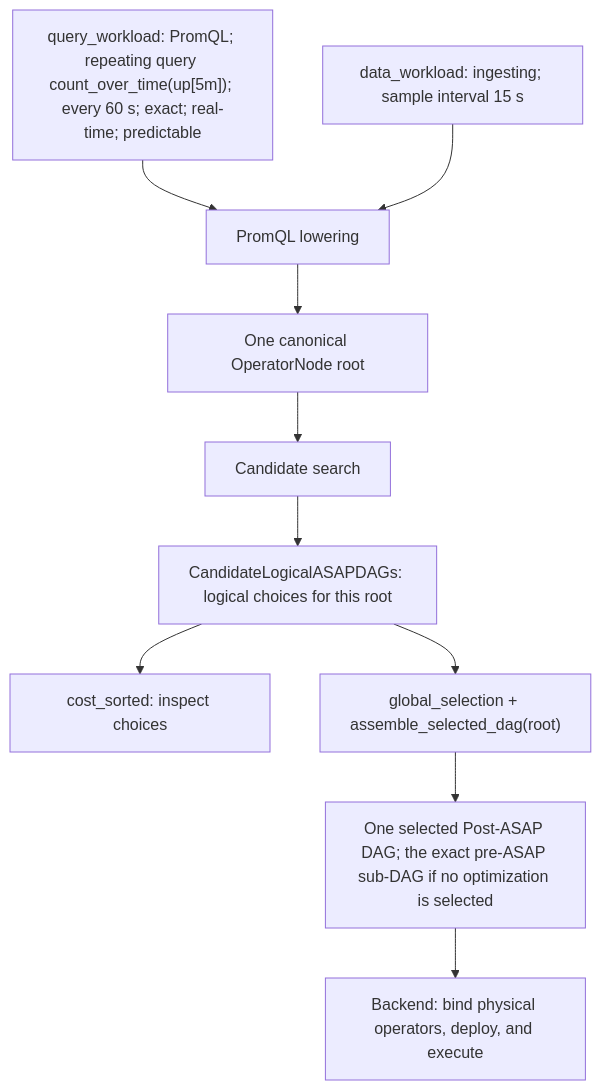
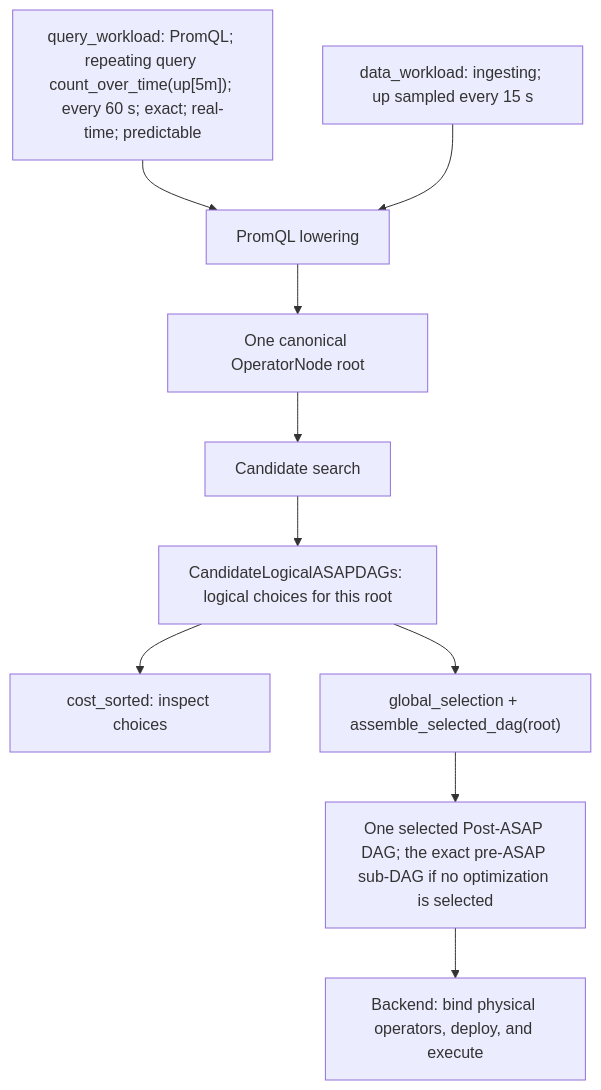
One commit to ProjectASAP/ASAPPlanner changed the first of 2 diagrams in docs/design_docs/architecture/input-output-workflow.md. Above: the diagram before and after it, drawn with Mermaid. The commit also changed other lines of this file and 2 other files, not shown here.

Commit message:
docs: per-source sample interval and series_count in the library and input docs

````diff
--- a/docs/design_docs/architecture/input-output-workflow.md
+++ b/docs/design_docs/architecture/input-output-workflow.md
@@ -64,18 +64,18 @@
 ```mermaid
 flowchart TD
     Q["query_workload: PromQL; repeating query count_over_time(up[5m]); every 60 s; exact; real-time; predictable"]
-    D["data_workload: ingesting; sample interval 15 s"]
+    D["data_workload: ingesting; up sampled every 15 s"]
     F["PromQL lowering"]
     R["One canonical OperatorNode root"]
     S["Candidate search"]
     P["CandidateLogicalASAPDAGs: logical choices for this root"]
     I["cost_sorted: inspect choices"]
     G["global_selection + assemble_selected_dag(root)"]
     L["One selected Post-ASAP DAG; the exact pre-ASAP sub-DAG if no optimization is selected"]
     B["Backend: bind physical operators, deploy, and execute"]
     Q --> F
     D --> F
     F --> R --> S --> P
     P --> I
     P --> G --> L --> B
 ```
````
